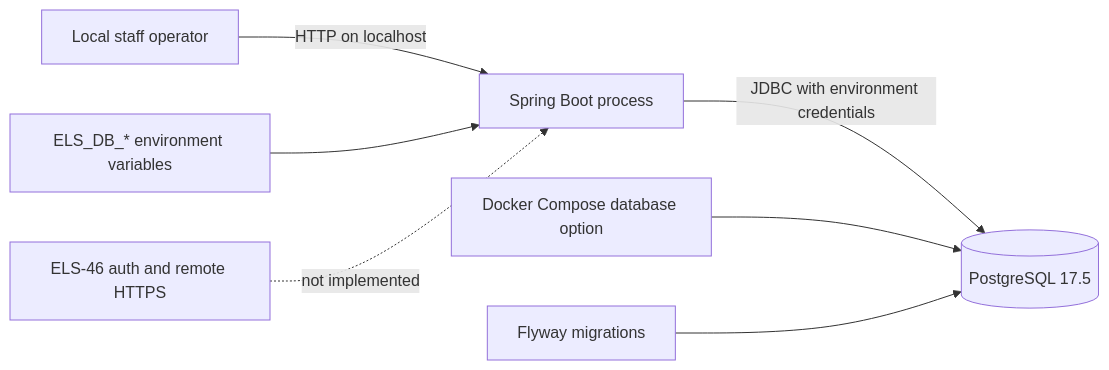
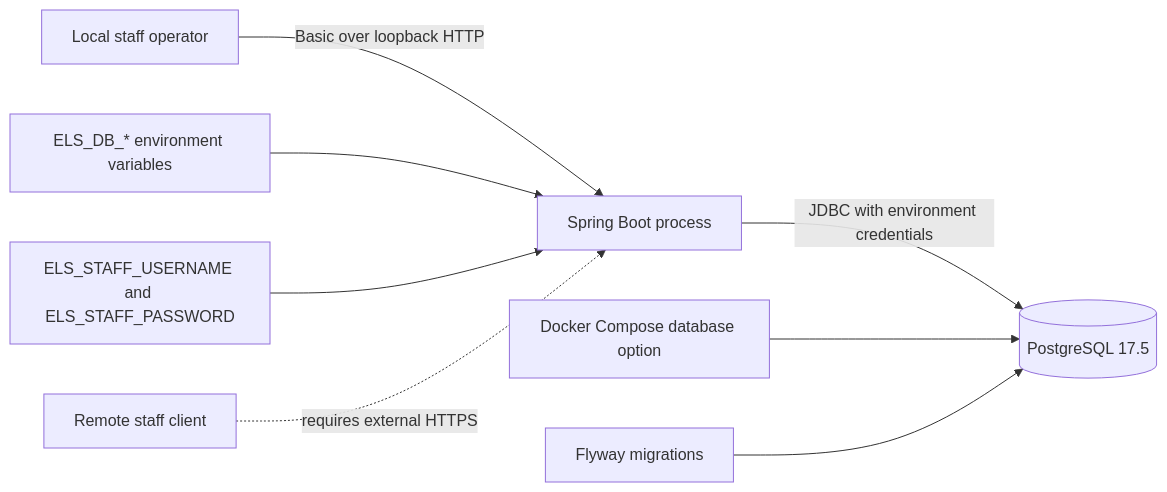
One commit to komayl-dbouk/Equipment-Lending-System changed the sixth of 6 diagrams in docs/design/architecture.md. Above: the diagram before and after it, drawn with Mermaid. The commit also changed other lines of this file and 25 other files, not shown here.

Commit message:
ELS-46 enforce staff access boundary

````diff
--- a/docs/design/architecture.md
+++ b/docs/design/architecture.md
@@ -250,9 +262,10 @@
 ```mermaid
 flowchart LR
-  Staff[Local staff operator] -->|HTTP on localhost| App[Spring Boot process]
+  Staff[Local staff operator] -->|Basic over loopback HTTP| App[Spring Boot process]
   App -->|JDBC with environment credentials| DB[(PostgreSQL 17.5)]
   Compose[Docker Compose database option] --> DB
   Flyway[Flyway migrations] --> DB
-  Env[ELS_DB_* environment variables] --> App
-  Security[ELS-46 auth and remote HTTPS] -. not implemented .-> App
+  DbEnv[ELS_DB_* environment variables] --> App
+  StaffEnv[ELS_STAFF_USERNAME and ELS_STAFF_PASSWORD] --> App
+  Remote[Remote staff client] -. requires external HTTPS .-> App
 ```
````
